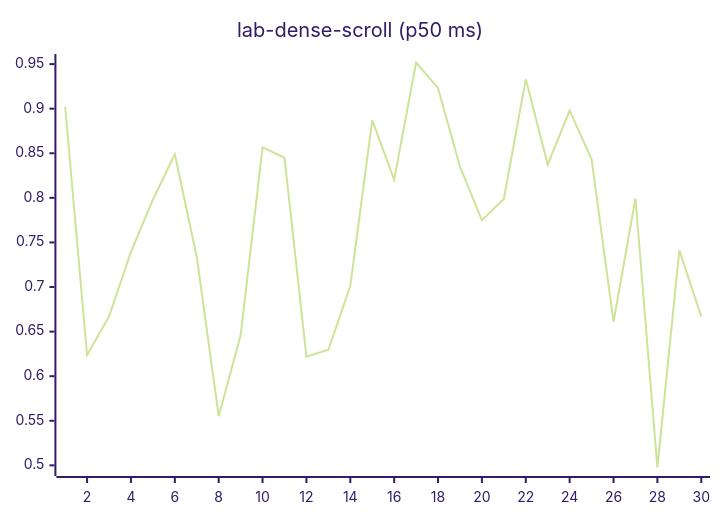
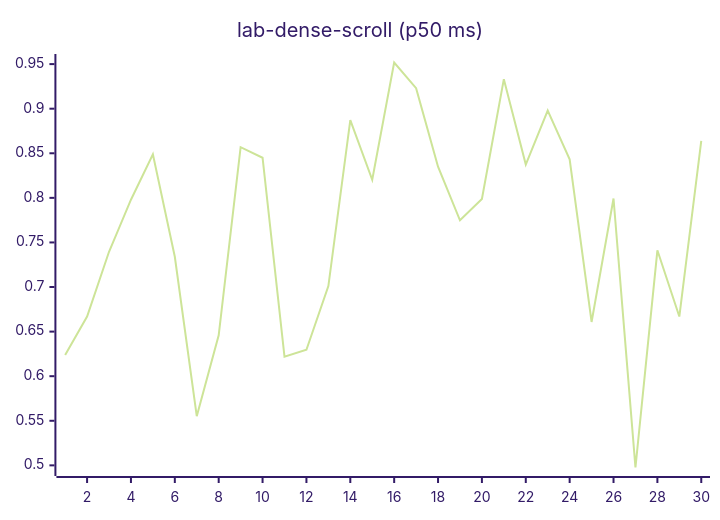
Before and after one commit to josha/Facet: diagram 12 of 27 in README.md, drawn with Mermaid (forest theme). The commit also changed other lines of this file and 2 other files, not shown here.

````diff
--- a/README.md
+++ b/README.md
@@ -140,6 +140,6 @@
 ```mermaid
 xychart-beta
     title "lab-dense-scroll (p50 ms)"
     x-axis 1 --> 30
-    line [0.9024, 0.6238, 0.6669, 0.7395, 0.7979, 0.8489, 0.7339, 0.5552, 0.6458, 0.8568, 0.8450, 0.6219, 0.6297, 0.7010, 0.8871, 0.8203, 0.9518, 0.9230, 0.8349, 0.7748, 0.7987, 0.9331, 0.8374, 0.8979, 0.8432, 0.6608, 0.7993, 0.4976, 0.7412, 0.6669]
+    line [0.6238, 0.6669, 0.7395, 0.7979, 0.8489, 0.7339, 0.5552, 0.6458, 0.8568, 0.8450, 0.6219, 0.6297, 0.7010, 0.8871, 0.8203, 0.9518, 0.9230, 0.8349, 0.7748, 0.7987, 0.9331, 0.8374, 0.8979, 0.8432, 0.6608, 0.7993, 0.4976, 0.7412, 0.6669, 0.8638]
 ```
````
